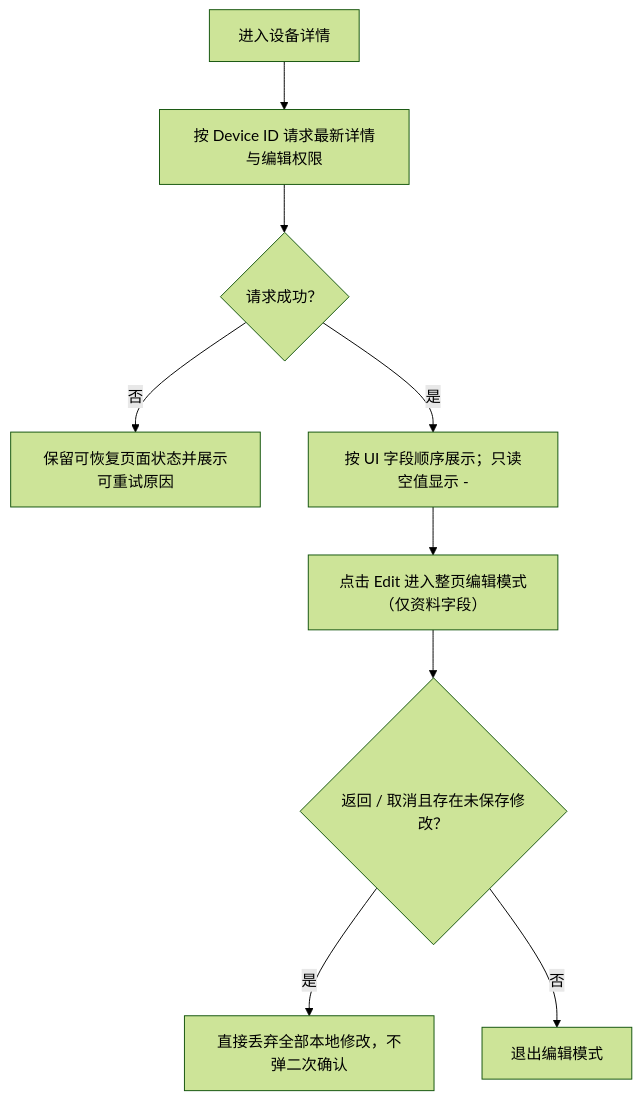
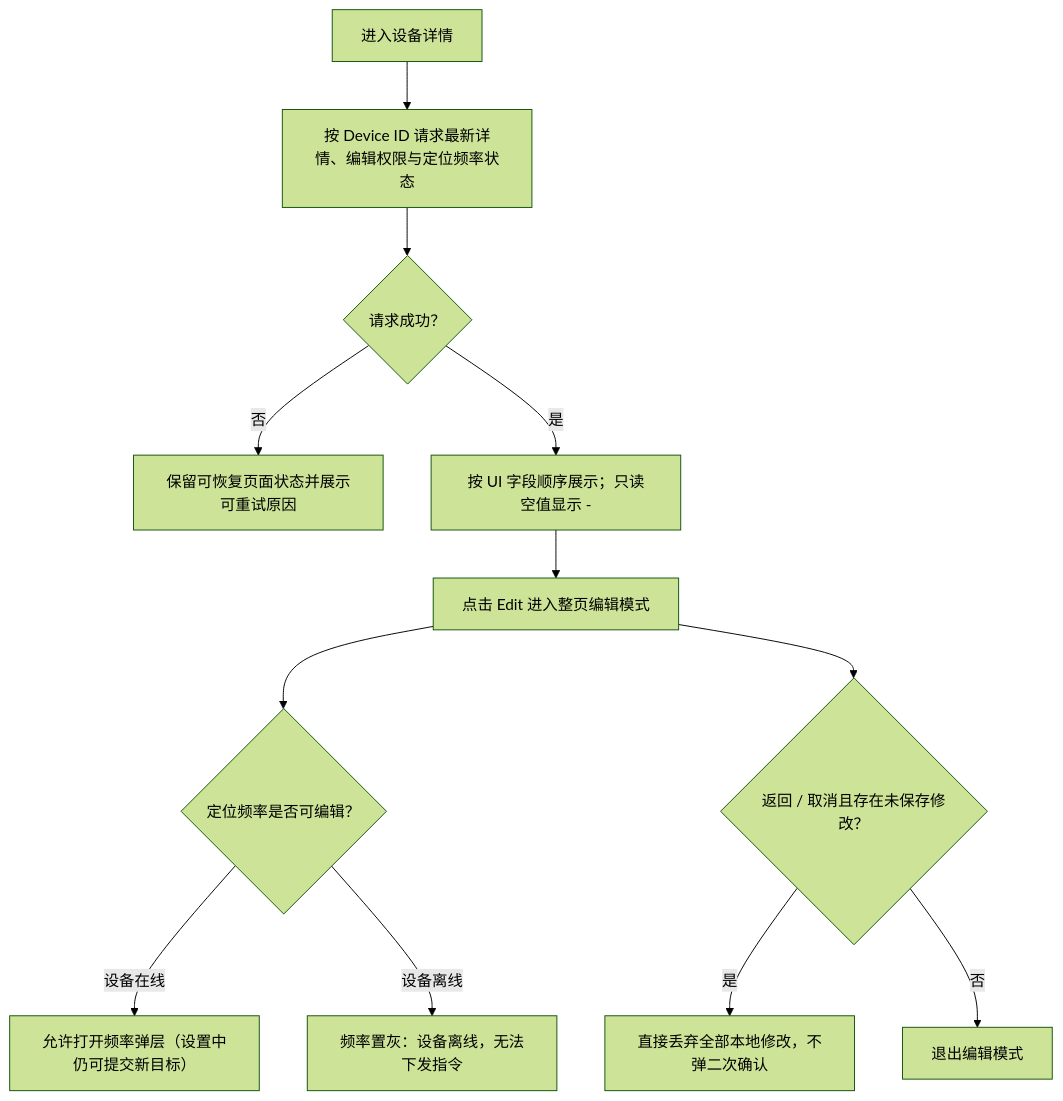
One commit to CuMgNa/skills changed diagram 12 of 16 in docs/manuals/革泰/逻辑大纲/革泰 APP 设备管理逻辑点梳理 plan.md. Above: the diagram before and after it, drawn with Mermaid (forest theme). The commit also changed other lines of this file and 2 other files, not shown here.

````diff
--- a/docs/manuals/革泰/逻辑大纲/革泰 APP 设备管理逻辑点梳理 plan.md
+++ b/docs/manuals/革泰/逻辑大纲/革泰 APP 设备管理逻辑点梳理 plan.md
@@ -1012,11 +1013,14 @@
 ```mermaid
 flowchart TD
-    A["进入设备详情"] --> B["按 Device ID 请求最新详情与编辑权限"]
+    A["进入设备详情"] --> B["按 Device ID 请求最新详情、编辑权限与定位频率状态"]
     B --> C{"请求成功？"}
     C -->|"否"| C1["保留可恢复页面状态并展示可重试原因"]
     C -->|"是"| D["按 UI 字段顺序展示；只读空值显示 -"]
-    D --> E["点击 Edit 进入整页编辑模式（仅资料字段）"]
+    D --> E["点击 Edit 进入整页编辑模式"]
+    E --> F{"定位频率是否可编辑？"}
+    F -->|"设备在线"| F1["允许打开频率弹层（设置中仍可提交新目标）"]
+    F -->|"设备离线"| F2["频率置灰：设备离线，无法下发指令"]
     E --> G{"返回 / 取消且存在未保存修改？"}
     G -->|"是"| G1["直接丢弃全部本地修改，不弹二次确认"]
     G -->|"否"| G2["退出编辑模式"]
 ```
````
